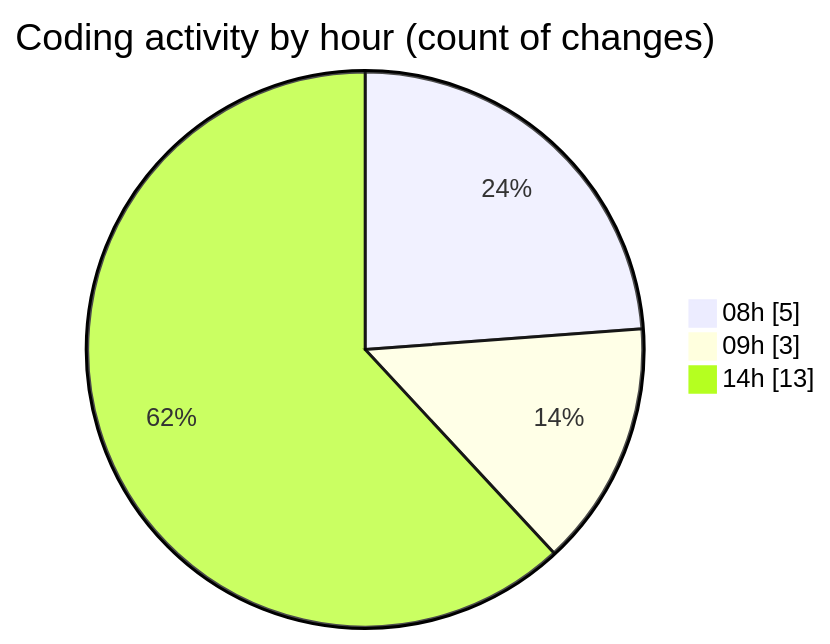
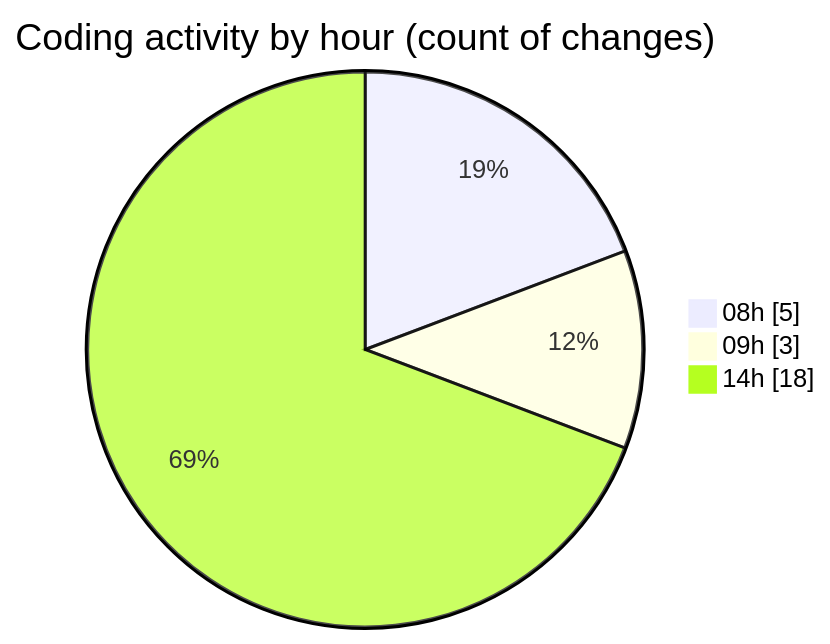
The second of 2 diagrams in 2026-08-31/web/README.md (LanceThiago/code-tracking), drawn with Mermaid before and after one commit. The commit also changed other lines of this file and 1 other file, not shown here.

````diff
--- a/2026-08-31/web/README.md
+++ b/2026-08-31/web/README.md
@@ -30,7 +30,7 @@
 ```mermaid
 pie showData
 title Coding activity by hour (count of changes)
 "08h" : 5
 "09h" : 3
-"14h" : 13
+"14h" : 18
 ```
````
